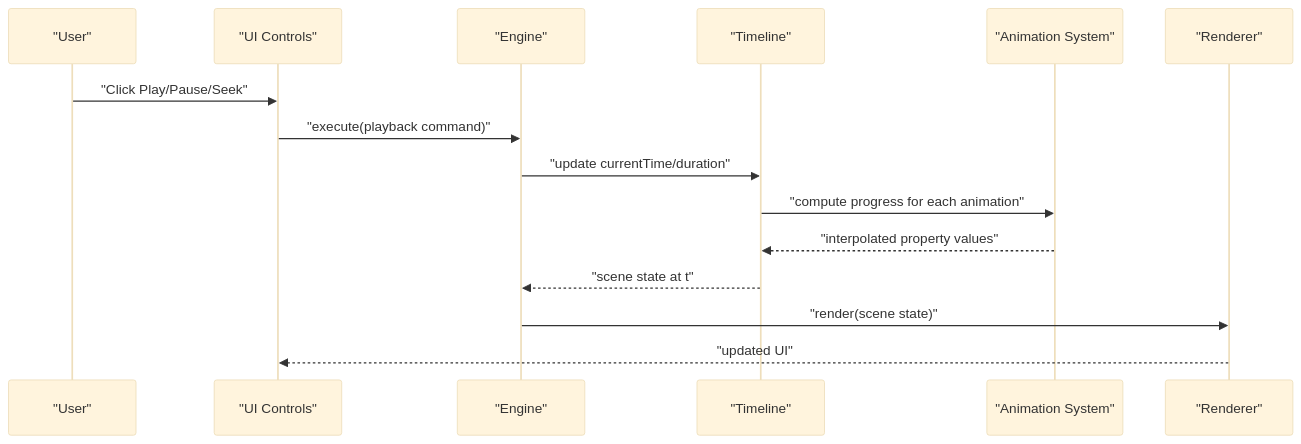
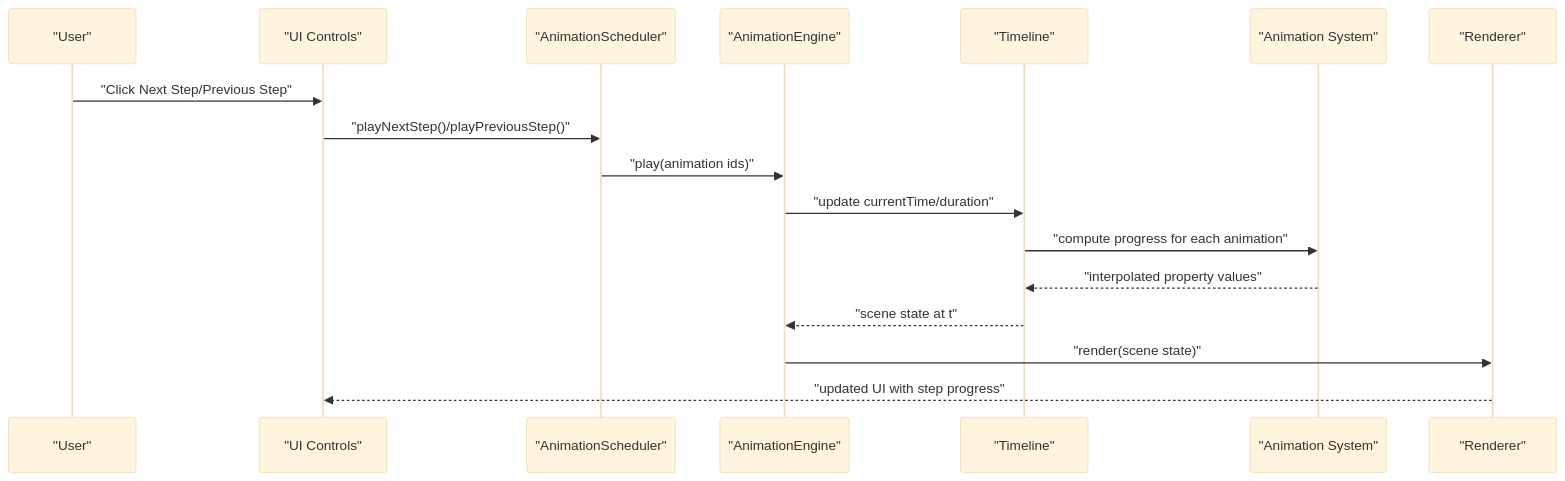
One commit to Anna0314zy/ai_editor_enginer changed the second of 20 diagrams in .qoder/repowiki/en/content/Animation System/Animation Playback Control.md. Above: the diagram before and after it, drawn with Mermaid (base theme). The commit also changed other lines of this file and 12 other files, not shown here.

````diff
--- a/.qoder/repowiki/en/content/Animation System/Animation Playback Control.md
+++ b/.qoder/repowiki/en/content/Animation System/Animation Playback Control.md
@@ -120,17 +166,19 @@
 ```mermaid
 sequenceDiagram
 participant User as "User"
 participant UI as "UI Controls"
-participant Engine as "Engine"
+participant Scheduler as "AnimationScheduler"
+participant Engine as "AnimationEngine"
 participant Timeline as "Timeline"
 participant Anim as "Animation System"
 participant Render as "Renderer"
-User->>UI : "Click Play/Pause/Seek"
-UI->>Engine : "execute(playback command)"
+User->>UI : "Click Next Step/Previous Step"
+UI->>Scheduler : "playNextStep()/playPreviousStep()"
+Scheduler->>Engine : "play(animation ids)"
 Engine->>Timeline : "update currentTime/duration"
 Timeline->>Anim : "compute progress for each animation"
 Anim-->>Timeline : "interpolated property values"
 Timeline-->>Engine : "scene state at t"
 Engine->>Render : "render(scene state)"
-Render-->>UI : "updated UI"
+Render-->>UI : "updated UI with step progress"
 ```
````
